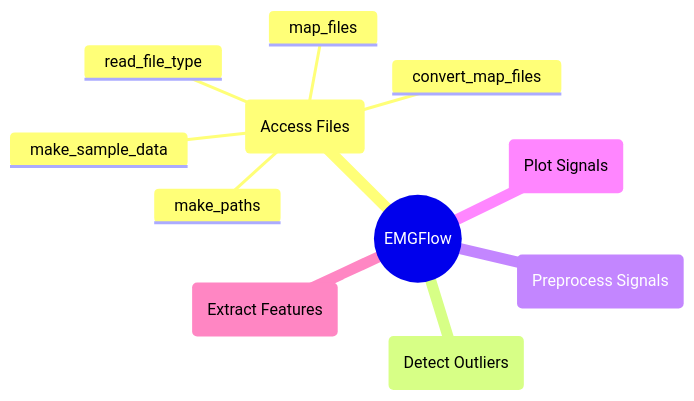
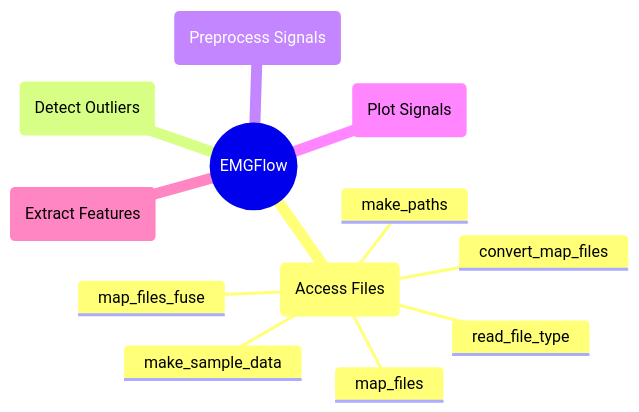
The diagram in docs/reference/access-files.md (WiIIson/EMGFlow-Python-Package), drawn with Mermaid before and after one commit. The commit also changed 2 other files, not shown here.

Commit message:
Visual changes
Changed page display order

Updated function mindmaps

````diff
--- a/docs/reference/access-files.md
+++ b/docs/reference/access-files.md
@@ -7,14 +7,15 @@
 ```mermaid
 mindmap
     root((EMGFlow))
         AF(Access Files)
             make_paths
             make_sample_data
             read_file_type
             map_files
             convert_map_files
+            map_files_fuse
         DO(Detect Outliers)
         PrS(Preprocess Signals)
         PlS(Plot Signals)
         EF(Extract Features)
 ```
````
